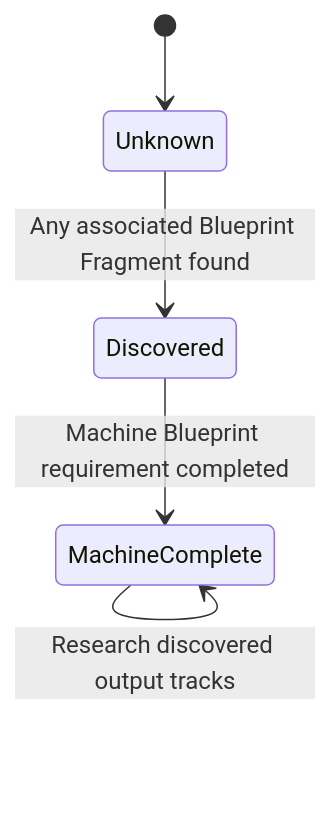
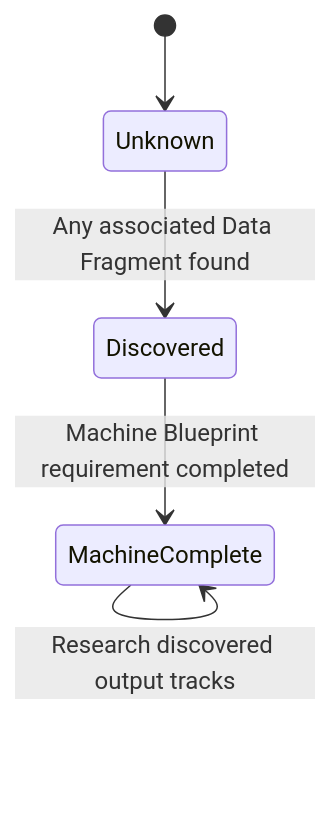
The diagram in machine-profiles/overview.md (justgook/imprint-zero), drawn with Mermaid before and after one commit. The commit also changed other lines of this file and 6 other files, not shown here.

Commit message:
📝(loot): rename Blueprint to Data fragments

````diff
--- a/machine-profiles/overview.md
+++ b/machine-profiles/overview.md
@@ -49,7 +49,7 @@
 ```mermaid
 stateDiagram-v2
     [*] --> Unknown
-    Unknown --> Discovered: Any associated Blueprint Fragment found
+    Unknown --> Discovered: Any associated Data Fragment found
     Discovered --> MachineComplete: Machine Blueprint requirement completed
     MachineComplete --> MachineComplete: Research discovered output tracks
 ```
````
